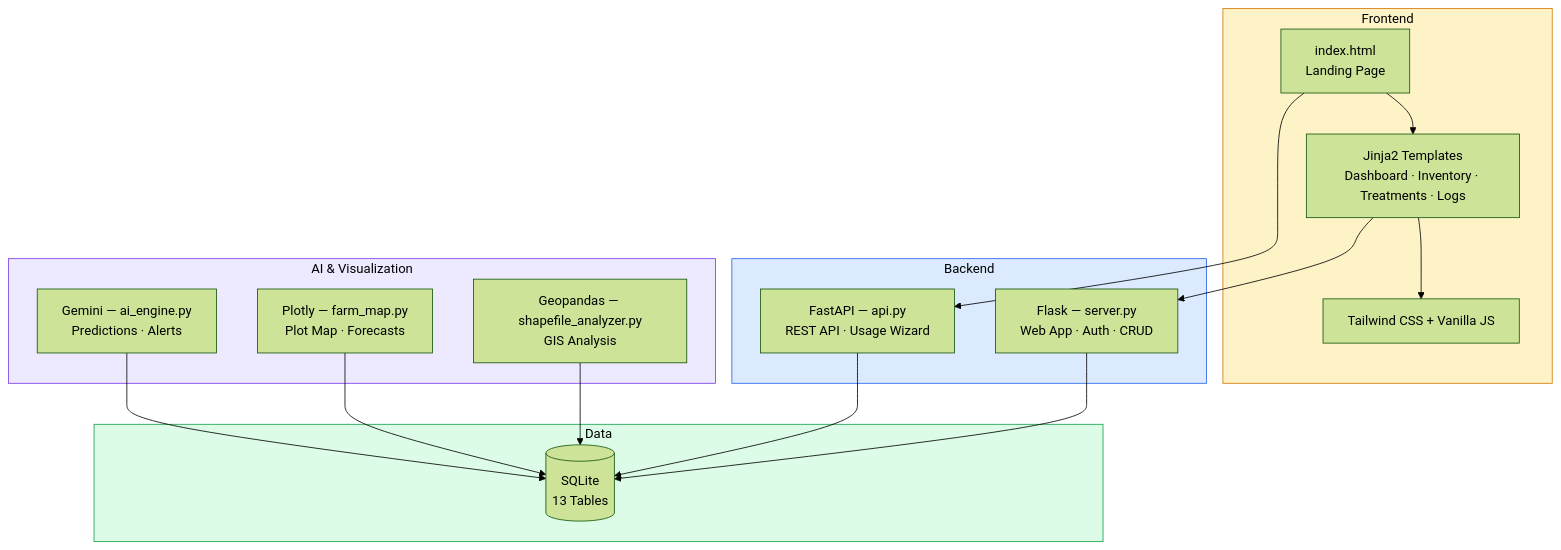
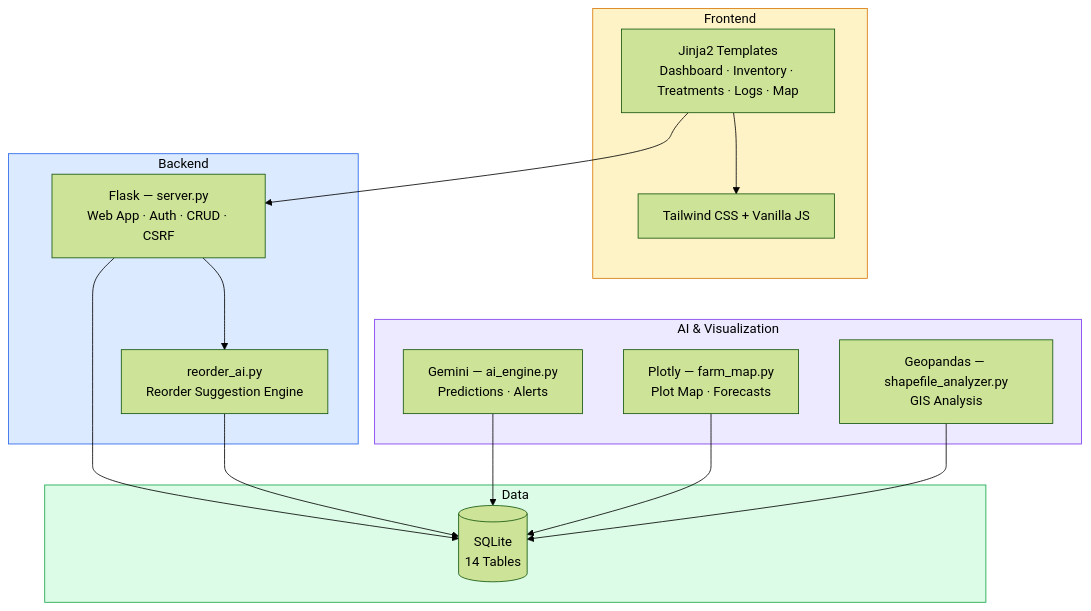
Before and after one commit to Ishrat2110/fieldmind: the diagram in README.md, drawn with Mermaid (forest theme). The commit also changed other lines of this file, not shown here.

First line of the commit message:
docs: align README with current Flask-only architecture

````diff
--- a/README.md
+++ b/README.md
@@ -67,35 +67,35 @@
 ```mermaid
 graph TB
     subgraph Frontend
-        A[index.html<br/>Landing Page] --> B[Jinja2 Templates<br/>Dashboard · Inventory · Treatments · Logs]
+        B[Jinja2 Templates<br/>Dashboard · Inventory · Treatments · Logs · Map]
         B --> C[Tailwind CSS + Vanilla JS]
     end
 
     subgraph Backend
-        D[Flask — server.py<br/>Web App · Auth · CRUD]
-        E[FastAPI — api.py<br/>REST API · Usage Wizard]
+        D[Flask — server.py<br/>Web App · Auth · CRUD · CSRF]
+        R[reorder_ai.py<br/>Reorder Suggestion Engine]
     end
 
     subgraph AIViz["AI & Visualization"]
         F[Gemini — ai_engine.py<br/>Predictions · Alerts]
         G[Plotly — farm_map.py<br/>Plot Map · Forecasts]
         H[Geopandas — shapefile_analyzer.py<br/>GIS Analysis]
     end
 
     subgraph Data
-        I[(SQLite<br/>13 Tables)]
+        I[(SQLite<br/>14 Tables)]
     end
 
     B --> D
-    A --> E
+    D --> R
     D --> I
-    E --> I
+    R --> I
     F --> I
     G --> I
     H --> I
 
     style Frontend fill:#fef3c7,stroke:#d97706,color:#000
     style Backend fill:#dbeafe,stroke:#2563eb,color:#000
     style AIViz fill:#ede9fe,stroke:#7c3aed,color:#000
     style Data fill:#dcfce7,stroke:#16a34a,color:#000
 ```
````
